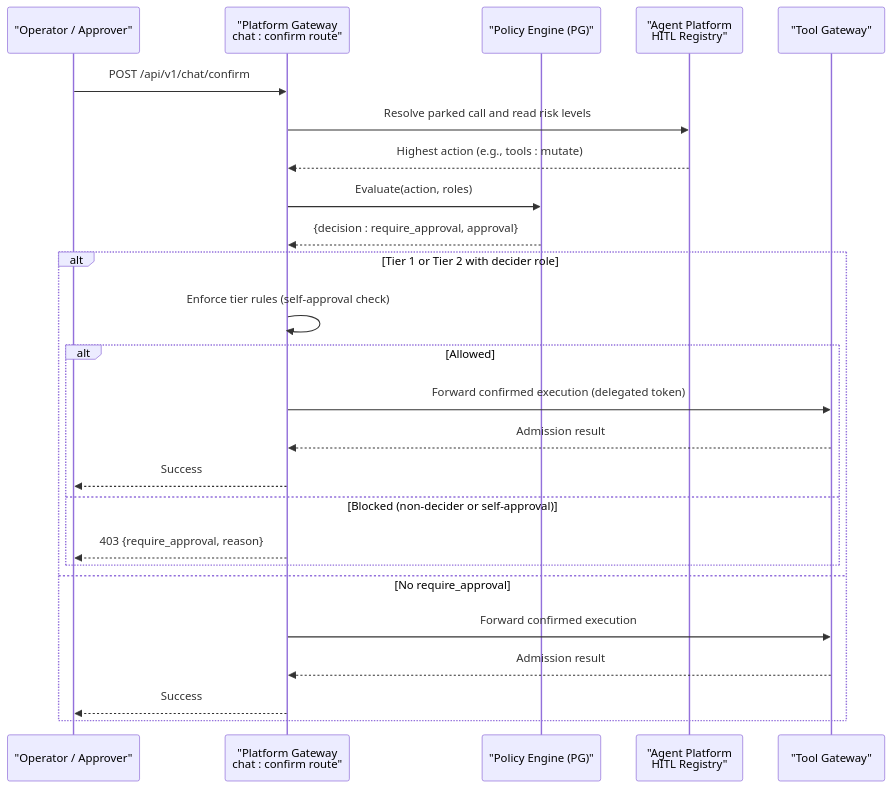
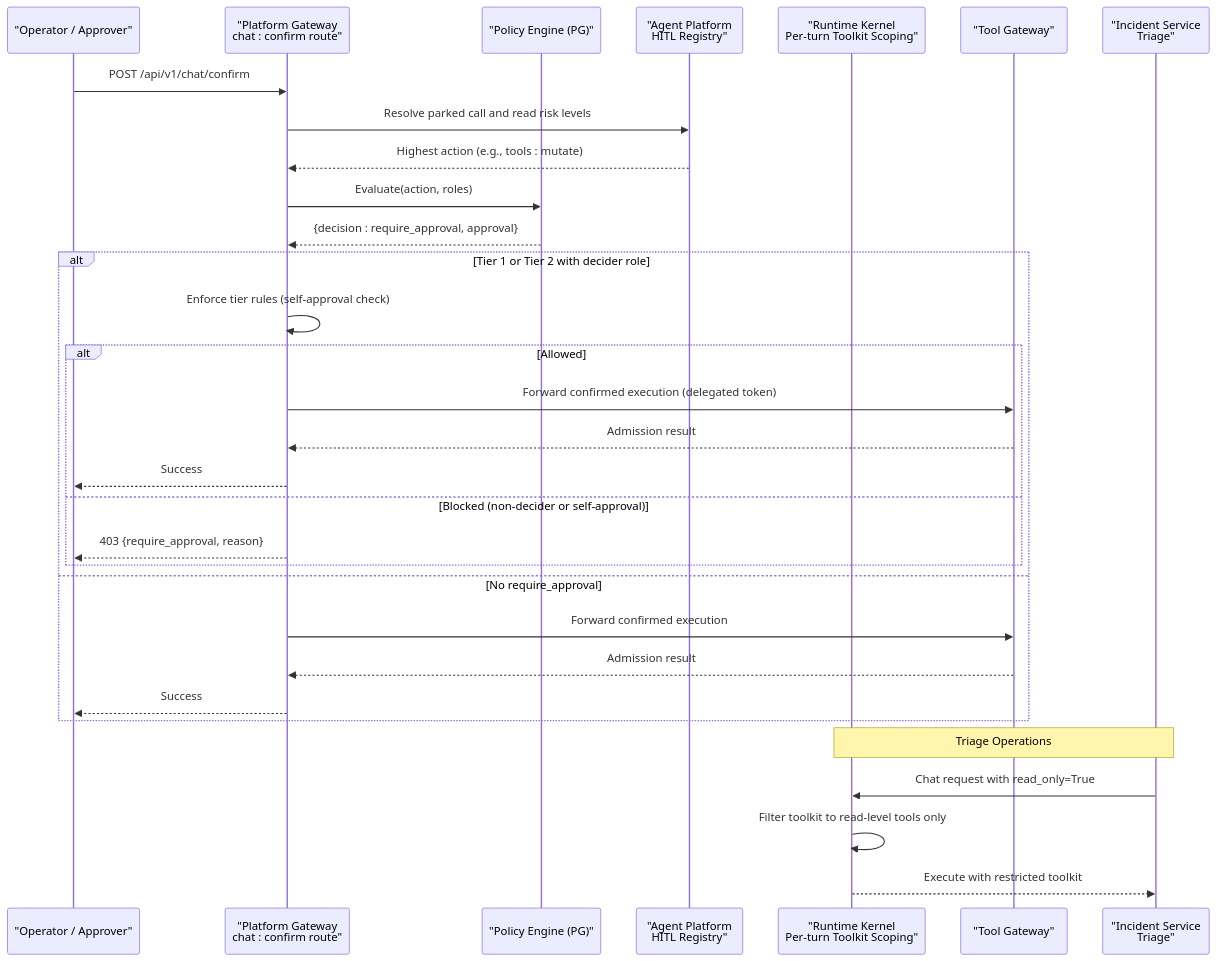
One commit to metasync/luban-aiops changed the second of 8 diagrams in .qoder/repowiki/en/content/Architecture Documentation/SPEC-030_ Require Approval Policy Semantics.md. Above: the diagram before and after it, drawn with Mermaid. The commit also changed other lines of this file and 65 other files, not shown here.

````diff
--- a/.qoder/repowiki/en/content/Architecture Documentation/SPEC-030_ Require Approval Policy Semantics.md
+++ b/.qoder/repowiki/en/content/Architecture Documentation/SPEC-030_ Require Approval Policy Semantics.md
@@ -149,27 +178,33 @@
 ```mermaid
 sequenceDiagram
 participant Client as "Operator / Approver"
 participant PG as "Platform Gateway<br/>chat : confirm route"
 participant PE as "Policy Engine (PG)"
 participant AP as "Agent Platform<br/>HITL Registry"
+participant RK as "Runtime Kernel<br/>Per-turn Toolkit Scoping"
 participant TG as "Tool Gateway"
+participant IS as "Incident Service<br/>Triage"
 Client->>PG : POST /api/v1/chat/confirm
 PG->>AP : Resolve parked call and read risk levels
 AP-->>PG : Highest action (e.g., tools : mutate)
 PG->>PE : Evaluate(action, roles)
 PE-->>PG : {decision : require_approval, approval}
 alt Tier 1 or Tier 2 with decider role
 PG->>PG : Enforce tier rules (self-approval check)
 alt Allowed
 PG->>TG : Forward confirmed execution (delegated token)
 TG-->>PG : Admission result
 PG-->>Client : Success
 else Blocked (non-decider or self-approval)
 PG-->>Client : 403 {require_approval, reason}
 end
 else No require_approval
 PG->>TG : Forward confirmed execution
 TG-->>PG : Admission result
 PG-->>Client : Success
 end
+Note over IS,RK : Triage Operations
+IS->>RK : Chat request with read_only=True
+RK->>RK : Filter toolkit to read-level tools only
+RK-->>IS : Execute with restricted toolkit
 ```
````
